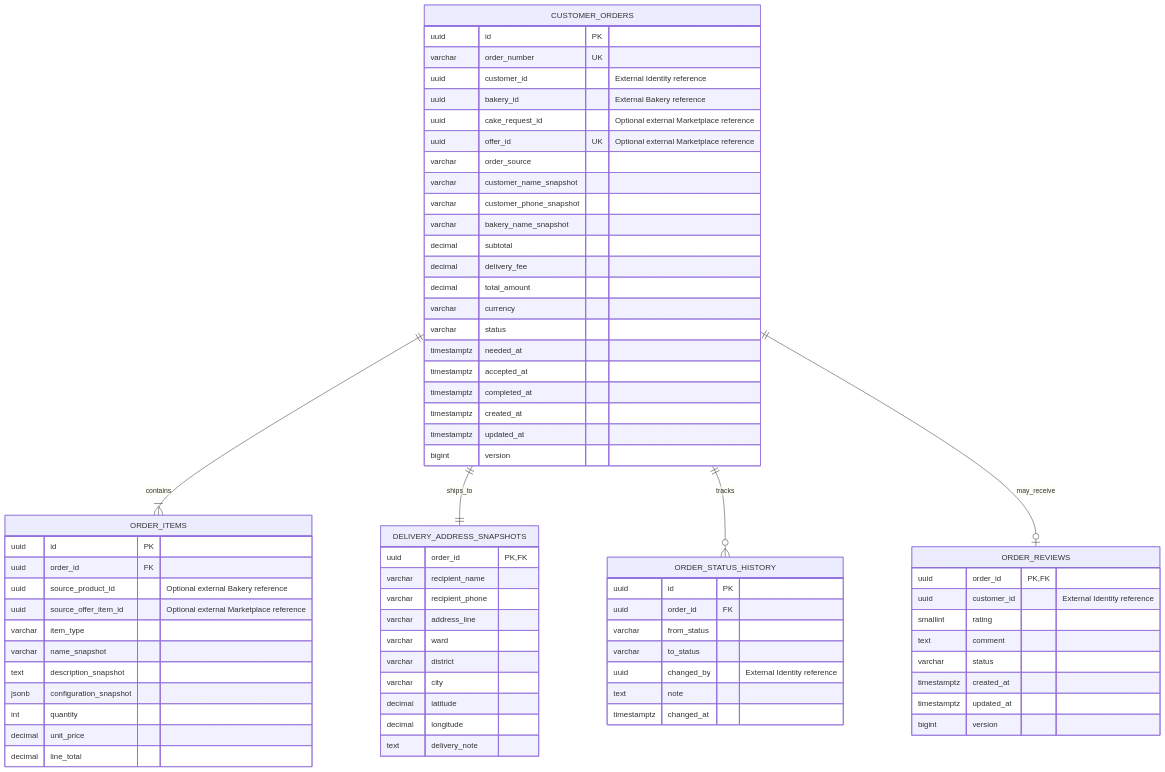
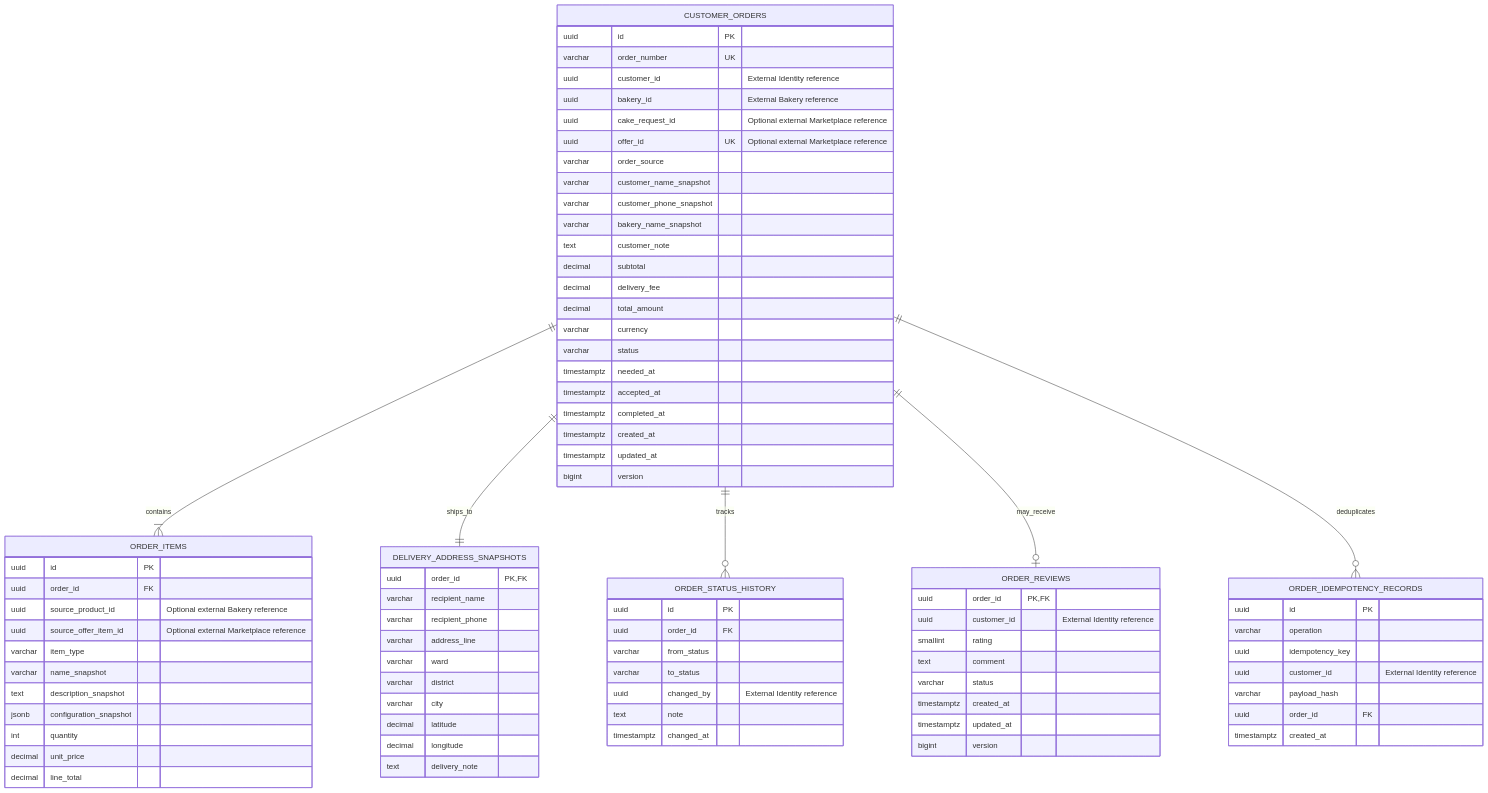
The diagram in docs/erd/04-order-service-logical.mmd (leminhkhoi-james/Bakery-Platform), drawn with Mermaid before and after one commit. The commit also changed 142 other files, not shown here.

```diff
--- a/docs/erd/04-order-service-logical.mmd
+++ b/docs/erd/04-order-service-logical.mmd
@@ -1,77 +1,89 @@
 erDiagram
     CUSTOMER_ORDERS {
         uuid id PK
         varchar order_number UK
         uuid customer_id "External Identity reference"
         uuid bakery_id "External Bakery reference"
         uuid cake_request_id "Optional external Marketplace reference"
         uuid offer_id UK "Optional external Marketplace reference"
         varchar order_source
         varchar customer_name_snapshot
         varchar customer_phone_snapshot
         varchar bakery_name_snapshot
+        text customer_note
         decimal subtotal
         decimal delivery_fee
         decimal total_amount
         varchar currency
         varchar status
         timestamptz needed_at
         timestamptz accepted_at
         timestamptz completed_at
         timestamptz created_at
         timestamptz updated_at
         bigint version
     }
 
     ORDER_ITEMS {
         uuid id PK
         uuid order_id FK
         uuid source_product_id "Optional external Bakery reference"
         uuid source_offer_item_id "Optional external Marketplace reference"
         varchar item_type
         varchar name_snapshot
         text description_snapshot
         jsonb configuration_snapshot
         int quantity
         decimal unit_price
         decimal line_total
     }
 
     DELIVERY_ADDRESS_SNAPSHOTS {
         uuid order_id PK, FK
         varchar recipient_name
         varchar recipient_phone
         varchar address_line
         varchar ward
         varchar district
         varchar city
         decimal latitude
         decimal longitude
         text delivery_note
     }
 
     ORDER_STATUS_HISTORY {
         uuid id PK
         uuid order_id FK
         varchar from_status
         varchar to_status
         uuid changed_by "External Identity reference"
         text note
         timestamptz changed_at
     }
 
     ORDER_REVIEWS {
         uuid order_id PK, FK
         uuid customer_id "External Identity reference"
         smallint rating
         text comment
         varchar status
         timestamptz created_at
         timestamptz updated_at
         bigint version
     }
 
+    ORDER_IDEMPOTENCY_RECORDS {
+        uuid id PK
+        varchar operation
+        uuid idempotency_key
+        uuid customer_id "External Identity reference"
+        varchar payload_hash
+        uuid order_id FK
+        timestamptz created_at
+    }
+
     CUSTOMER_ORDERS ||--|{ ORDER_ITEMS : contains
     CUSTOMER_ORDERS ||--|| DELIVERY_ADDRESS_SNAPSHOTS : ships_to
     CUSTOMER_ORDERS ||--o{ ORDER_STATUS_HISTORY : tracks
     CUSTOMER_ORDERS ||--o| ORDER_REVIEWS : may_receive
+    CUSTOMER_ORDERS ||--o{ ORDER_IDEMPOTENCY_RECORDS : deduplicates
```
